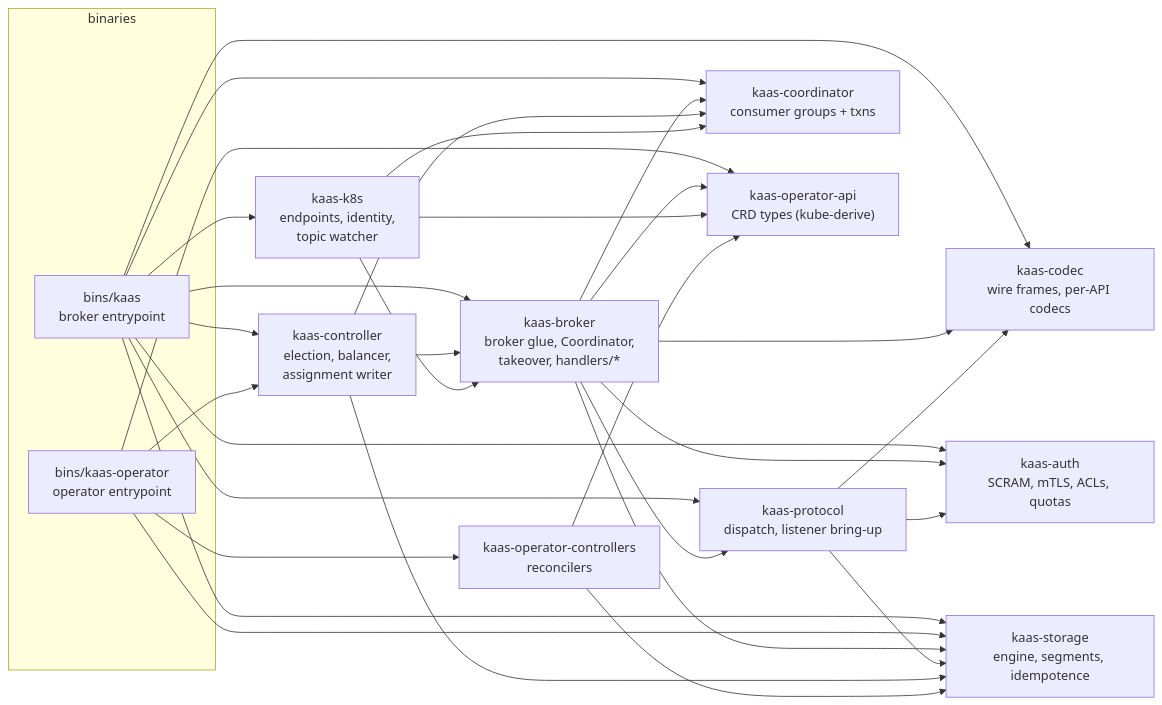
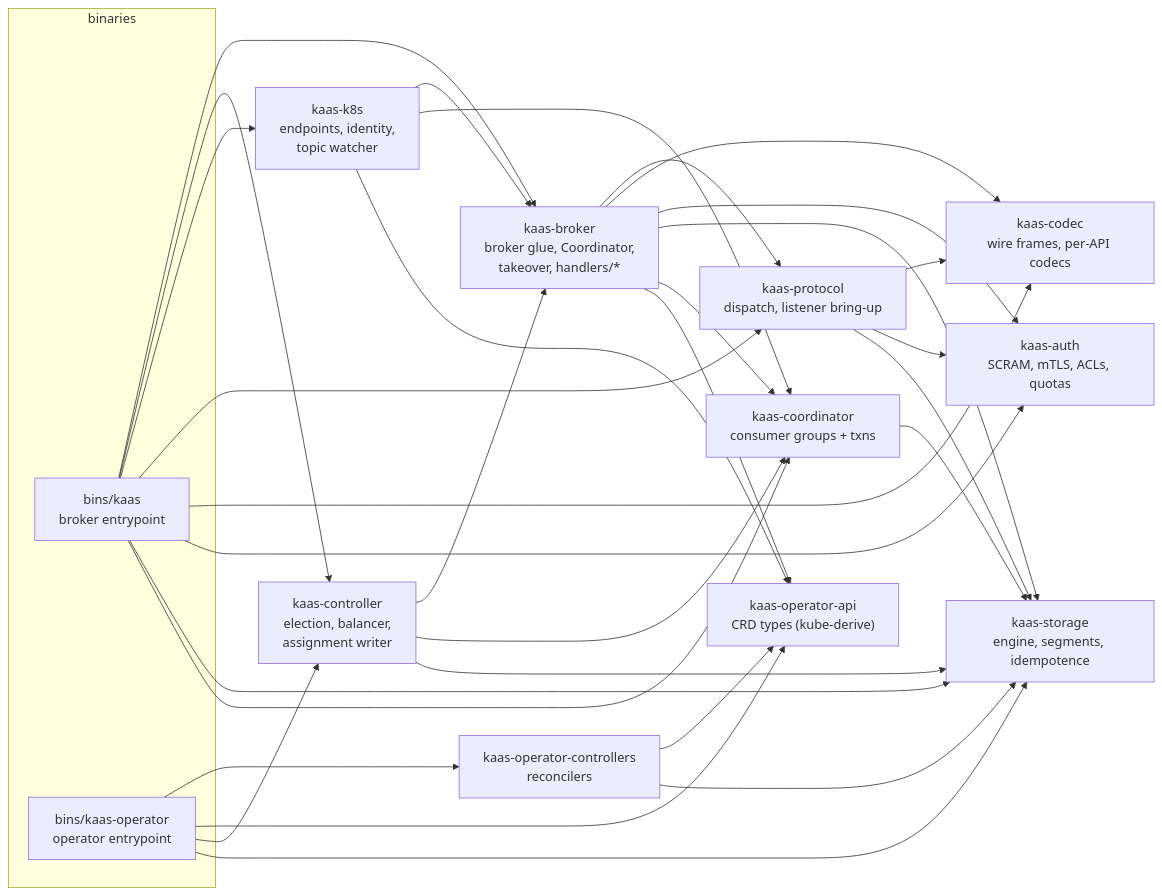
Before and after one commit to kaas-rs/kaas-broker: the diagram in docs/src/code-tour/workspace.md, drawn with Mermaid. The commit also changed other lines of this file and 40 other files, not shown here.

````diff
--- a/docs/src/code-tour/workspace.md
+++ b/docs/src/code-tour/workspace.md
@@ -42,54 +43,56 @@
 ```mermaid
 flowchart LR
     subgraph binaries
         kaas_bin["bins/kaas<br/>broker entrypoint"]
         op_bin["bins/kaas-operator<br/>operator entrypoint"]
     end
 
     broker["kaas-broker<br/>broker glue, Coordinator,<br/>takeover, handlers/*"]
     protocol["kaas-protocol<br/>dispatch, listener bring-up"]
     codec["kaas-codec<br/>wire frames, per-API codecs"]
     auth["kaas-auth<br/>SCRAM, mTLS, ACLs, quotas"]
     storage["kaas-storage<br/>engine, segments, idempotence"]
     coordinator["kaas-coordinator<br/>consumer groups + txns"]
     controller["kaas-controller<br/>election, balancer,<br/>assignment writer"]
     k8s["kaas-k8s<br/>endpoints, identity,<br/>topic watcher"]
     opapi["kaas-operator-api<br/>CRD types (kube-derive)"]
     opctl["kaas-operator-controllers<br/>reconcilers"]
 
     kaas_bin --> broker
     kaas_bin --> controller
     kaas_bin --> k8s
     kaas_bin --> protocol
     kaas_bin --> codec
     kaas_bin --> auth
     kaas_bin --> storage
     kaas_bin --> coordinator
 
     op_bin --> opctl
     op_bin --> opapi
     op_bin --> controller
     op_bin --> storage
 
     broker --> protocol
     broker --> codec
     broker --> auth
     broker --> storage
     broker --> coordinator
     broker --> opapi
 
     protocol --> codec
     protocol --> auth
     protocol --> storage
 
+    coordinator --> storage
+
     controller --> broker
     controller --> coordinator
     controller --> storage
 
     k8s --> broker
     k8s --> coordinator
     k8s --> opapi
 
     opctl --> opapi
     opctl --> storage
 ```
````
